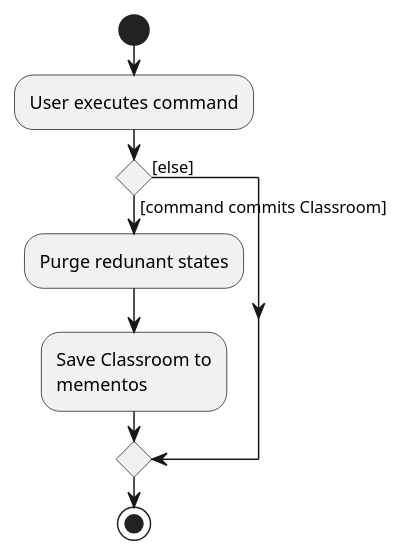
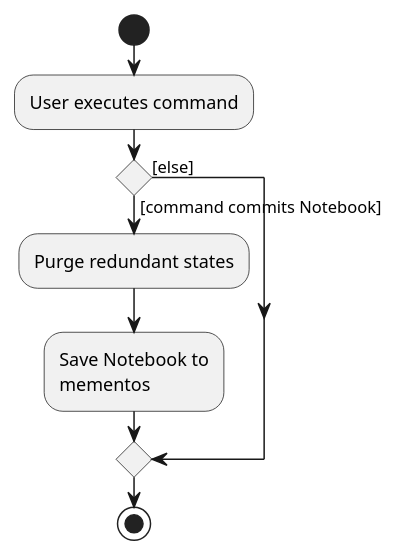
The diagram in docs/diagrams/CommitActivityDiagram.puml (nus-cs2103-AY1920S1/addressbook-level3), drawn with PlantUML before and after one commit. The commit also changed 16 other files, not shown here.

```diff
--- a/docs/diagrams/CommitActivityDiagram.puml
+++ b/docs/diagrams/CommitActivityDiagram.puml
@@ -1,15 +1,15 @@
 @startuml
 start
 :User executes command;
 
 'Since the beta syntax does not support placing the condition outside the
 'diamond we place it as the true branch instead.
 
-if () then ([command commits Classroom])
-    :Purge redunant states;
-    :Save Classroom to
+if () then ([command commits Notebook])
+    :Purge redundant states;
+    :Save Notebook to
     mementos;
 else ([else])
 endif
 stop
 @enduml
```
